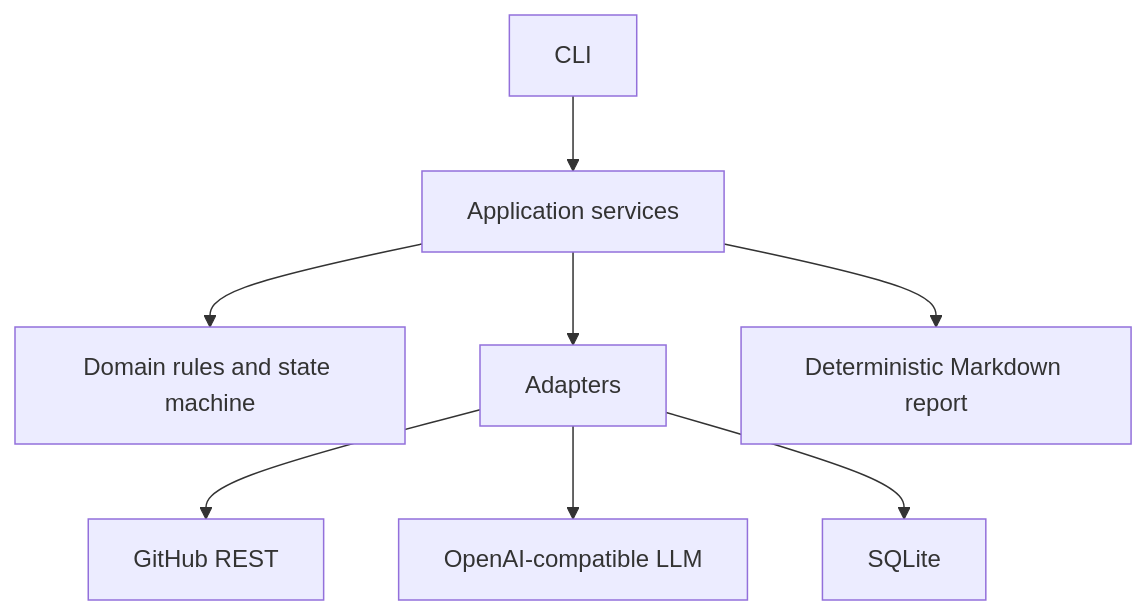
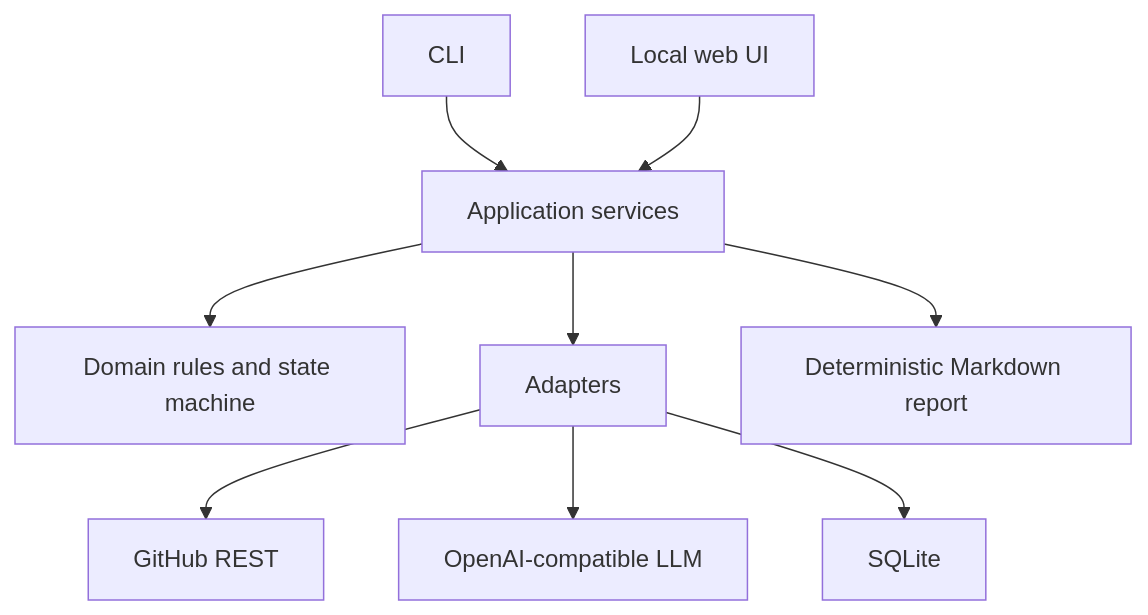
Before and after one commit to liad142/repo-detective: the diagram in README.md, drawn with Mermaid. The commit also changed other lines of this file and 9 other files, not shown here.

First line of the commit message:
Local web UI: live investigation timeline, chat, budget approval over the same services

````diff
--- a/README.md
+++ b/README.md
@@ -128,10 +140,11 @@
 ```mermaid
 flowchart TD
     CLI[CLI] --> APP[Application services]
+    WEB[Local web UI] --> APP
     APP --> DOMAIN[Domain rules and state machine]
     APP --> ADAPTERS[Adapters]
     ADAPTERS --> GH[GitHub REST]
     ADAPTERS --> LLM[OpenAI-compatible LLM]
     ADAPTERS --> DB[SQLite]
     APP --> REPORT[Deterministic Markdown report]
 ```
````
